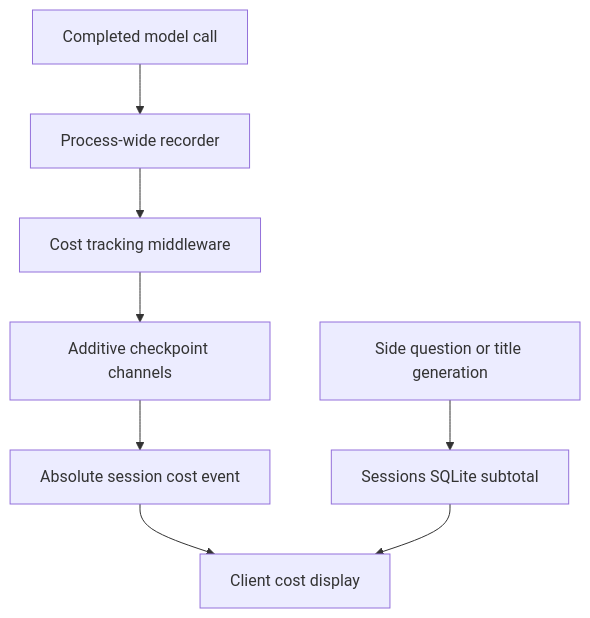
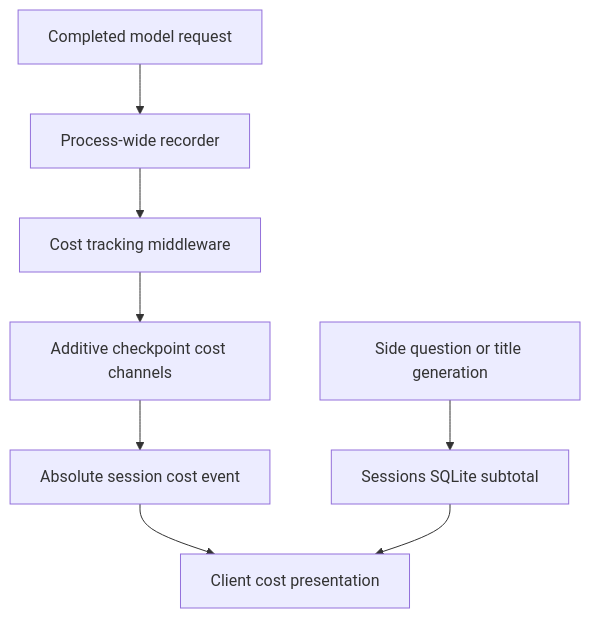
The first of 3 diagrams in openwiki/operations/cost-and-sessions.md (langchain-ai/deepagents), drawn with Mermaid before and after one commit. The commit also changed other lines of this file and 67 other files, not shown here.

````diff
--- a/openwiki/operations/cost-and-sessions.md
+++ b/openwiki/operations/cost-and-sessions.md
@@ -81,10 +45,10 @@
 ```mermaid
 flowchart TD
-    Call["Completed model call"] --> Recorder["Process-wide recorder"]
+    Call["Completed model request"] --> Recorder["Process-wide recorder"]
     Recorder --> Middleware["Cost tracking middleware"]
-    Middleware --> Graph["Additive checkpoint channels"]
+    Middleware --> Graph["Additive checkpoint cost channels"]
     Side["Side question or title generation"] --> SideStore["Sessions SQLite subtotal"]
     Graph --> Event["Absolute session cost event"]
-    Event --> Display["Client cost display"]
+    Event --> Display["Client cost presentation"]
     SideStore --> Display
 ```
````
